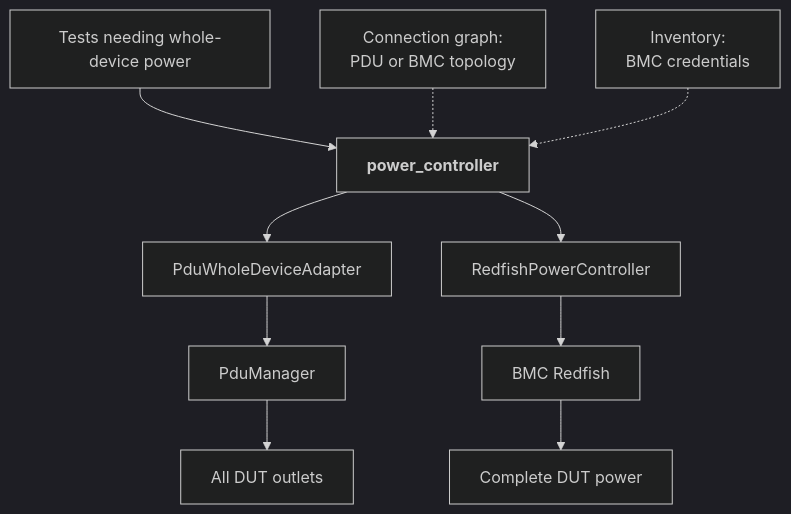
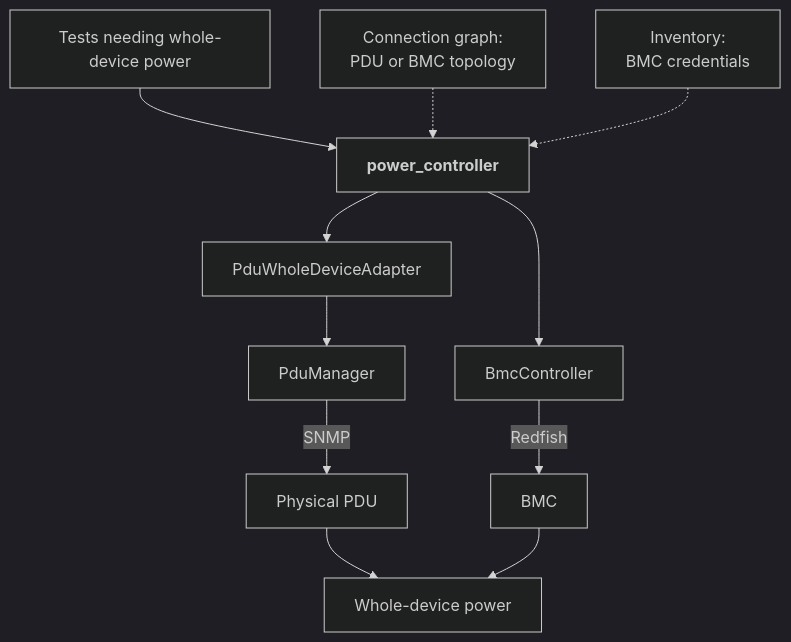
One commit to sonic-net/sonic-mgmt changed the second of 2 diagrams in docs/testbed/README.testbed.WholeDevicePowerControl.HLD.md. Above: the diagram before and after it, drawn with Mermaid (dark theme). The commit also changed other lines of this file, not shown here.

Commit message:
[docs]: Clarify power backend diagram in whole-device power control HLD

````diff
--- a/docs/testbed/README.testbed.WholeDevicePowerControl.HLD.md
+++ b/docs/testbed/README.testbed.WholeDevicePowerControl.HLD.md
@@ -44,12 +44,13 @@
 ```mermaid
 flowchart TD
     T["Tests needing whole-device power"] --> PC["<b>power_controller</b>"]
     CG["Connection graph:<br/>PDU or BMC topology"] -.-> PC
     INV["Inventory:<br/>BMC credentials"] -.-> PC
     PC --> AD["PduWholeDeviceAdapter"]
-    PC --> BM["RedfishPowerController"]
+    PC --> BM["BmcController"]
     AD --> PM["PduManager"]
-    BM --> RF["BMC Redfish"]
-    PM --> O1["All DUT outlets"]
-    RF --> O2["Complete DUT power"]
+    PM -->|SNMP| PDU["Physical PDU"]
+    BM -->|Redfish| BMC["BMC"]
+    PDU --> P["Whole-device power"]
+    BMC --> P
 ```
````
